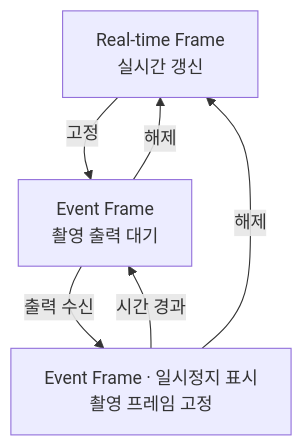
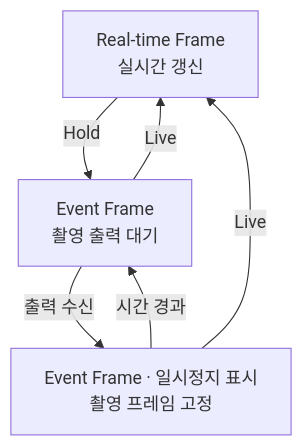
The diagram in guide/callback.md (TTolsun/hal-camera), drawn with Mermaid before and after one commit. The commit also changed other lines of this file and 8 other files, not shown here.

````diff
--- a/guide/callback.md
+++ b/guide/callback.md
@@ -52,8 +52,8 @@
 ```mermaid
 flowchart TB
-    off["Real-time Frame<br/>실시간 갱신"] -->|"고정"| waiting["Event Frame<br/>촬영 출력 대기"]
+    off["Real-time Frame<br/>실시간 갱신"] -->|"Hold"| waiting["Event Frame<br/>촬영 출력 대기"]
     waiting -->|"출력 수신"| held["Event Frame · 일시정지 표시<br/>촬영 프레임 고정"]
     held -->|"시간 경과"| waiting
-    waiting -->|"해제"| off
-    held -->|"해제"| off
+    waiting -->|"Live"| off
+    held -->|"Live"| off
 ```
````
